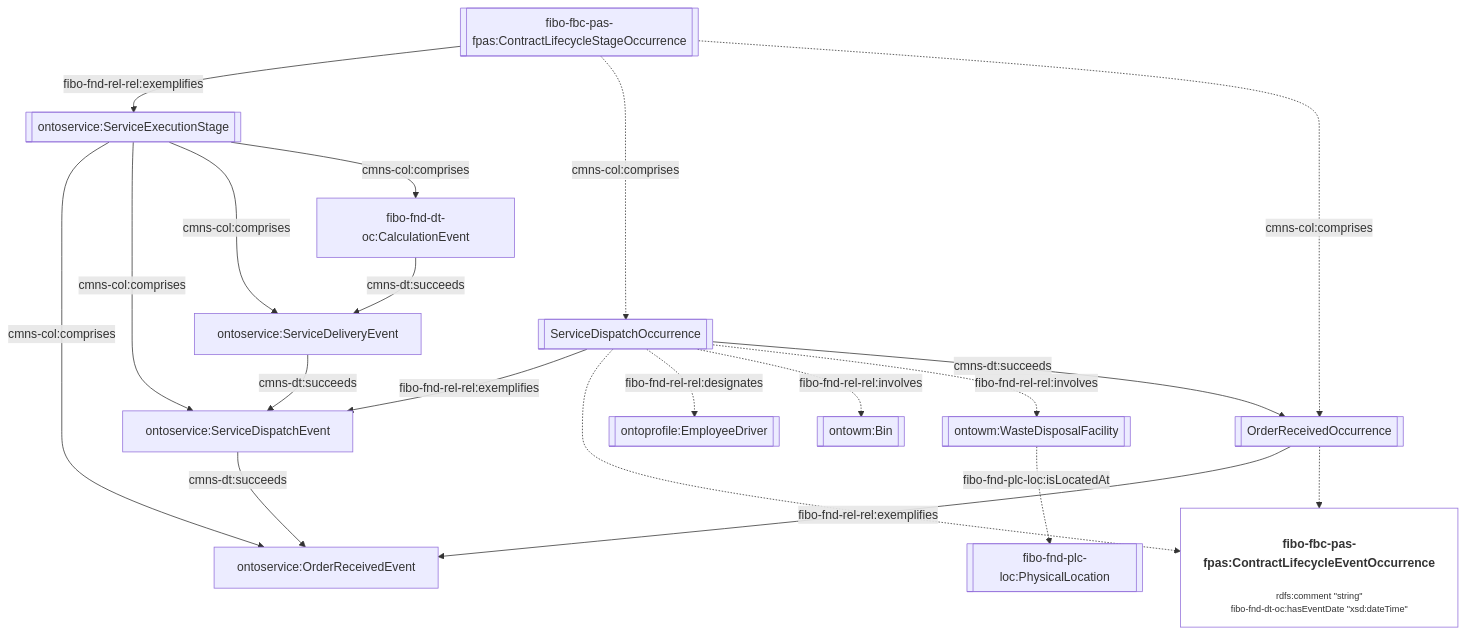
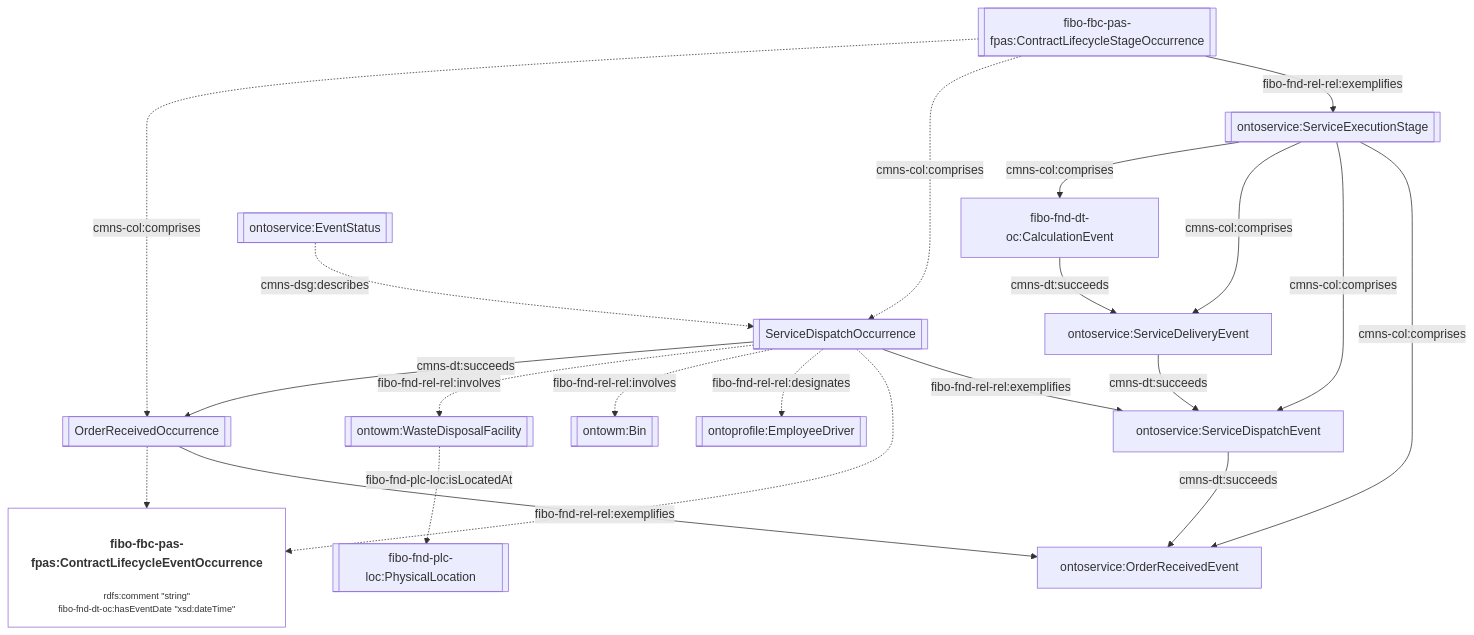
One commit to cambridge-cares/TheWorldAvatar changed the seventh of 14 diagrams in JPS_Ontology/ontology/ontowastemanagement/README.md. Above: the diagram before and after it, drawn with Mermaid. The commit also changed other lines of this file and 4 other files, not shown here.

````diff
--- a/JPS_Ontology/ontology/ontowastemanagement/README.md
+++ b/JPS_Ontology/ontology/ontowastemanagement/README.md
@@ -268,31 +268,32 @@
 ```mermaid
 flowchart TD
     %% Styling
     classDef literal fill:none
     classDef node overflow-wrap:break-word,text-wrap:pretty
     linkStyle default overflow-wrap:break-word,text-wrap:pretty;
 
     %% Contents
     StageOccurrence[[fibo-fbc-pas-fpas:ContractLifecycleStageOccurrence]] -- fibo-fnd-rel-rel:exemplifies --> ServiceExecutionStage[[ontoservice:ServiceExecutionStage]]
     ServiceExecutionStage -- cmns-col:comprises --> OrderReceivedEvent[ontoservice:OrderReceivedEvent]
     ServiceExecutionStage -- cmns-col:comprises --> ServiceDispatchEvent[ontoservice:ServiceDispatchEvent]
     ServiceExecutionStage -- cmns-col:comprises --> ServiceDeliveryEvent[ontoservice:ServiceDeliveryEvent]
     ServiceExecutionStage -- cmns-col:comprises --> CalculationEvent[fibo-fnd-dt-oc:CalculationEvent]
     ServiceDispatchEvent -- cmns-dt:succeeds --> OrderReceivedEvent
     ServiceDeliveryEvent -- cmns-dt:succeeds --> ServiceDispatchEvent
     CalculationEvent -- cmns-dt:succeeds --> ServiceDeliveryEvent
 
     StageOccurrence -. cmns-col:comprises .-> DispatchOccurrence[[ServiceDispatchOccurrence]]
     DispatchOccurrence -- fibo-fnd-rel-rel:exemplifies --> ServiceDispatchEvent
     DispatchOccurrence -.-> EventOccurrence
 
+    DispatchEventStatus[[ontoservice:EventStatus]] -. cmns-dsg:describes .-> DispatchOccurrence
     DispatchOccurrence -. fibo-fnd-rel-rel:designates .-> Driver[[ontoprofile:EmployeeDriver]]
     DispatchOccurrence -. fibo-fnd-rel-rel:involves .-> Bin[[ontowm:Bin]]
     DispatchOccurrence -. fibo-fnd-rel-rel:involves .-> Facility[[ontowm:WasteDisposalFacility]]
     Facility -. fibo-fnd-plc-loc:isLocatedAt .-> Location[[fibo-fnd-plc-loc:PhysicalLocation]]
 
     StageOccurrence -. cmns-col:comprises .-> OrderReceivedOccurrence[[OrderReceivedOccurrence]]
     OrderReceivedOccurrence -- fibo-fnd-rel-rel:exemplifies --> OrderReceivedEvent
     OrderReceivedOccurrence -.-> EventOccurrence["<h4>fibo-fbc-pas-fpas:ContractLifecycleEventOccurrence</h4><p style='font-size:0.75rem;'>rdfs:comment &quot;string&quot;<br>fibo-fnd-dt-oc:hasEventDate &quot;xsd:dateTime&quot;</p>"]:::literal
     DispatchOccurrence -- cmns-dt:succeeds --> OrderReceivedOccurrence
 ```
````
